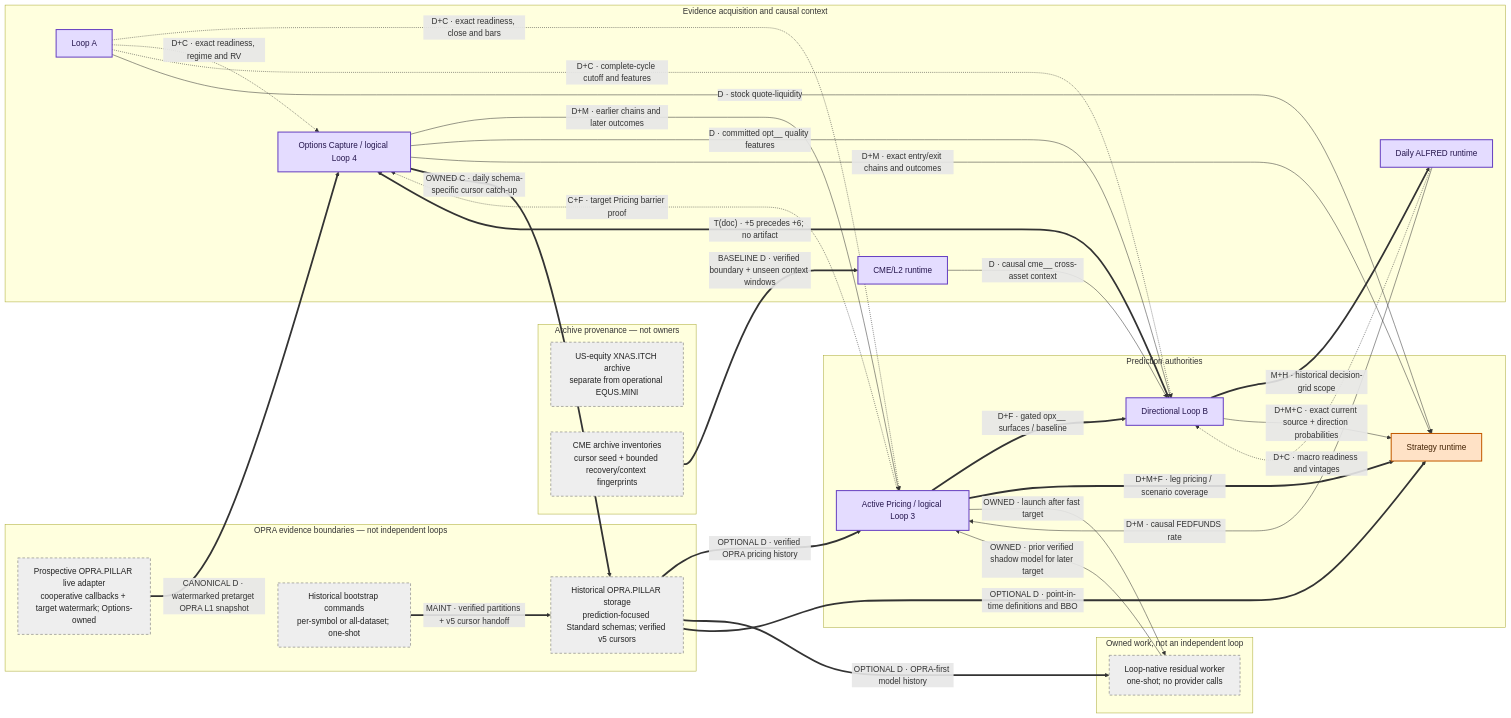
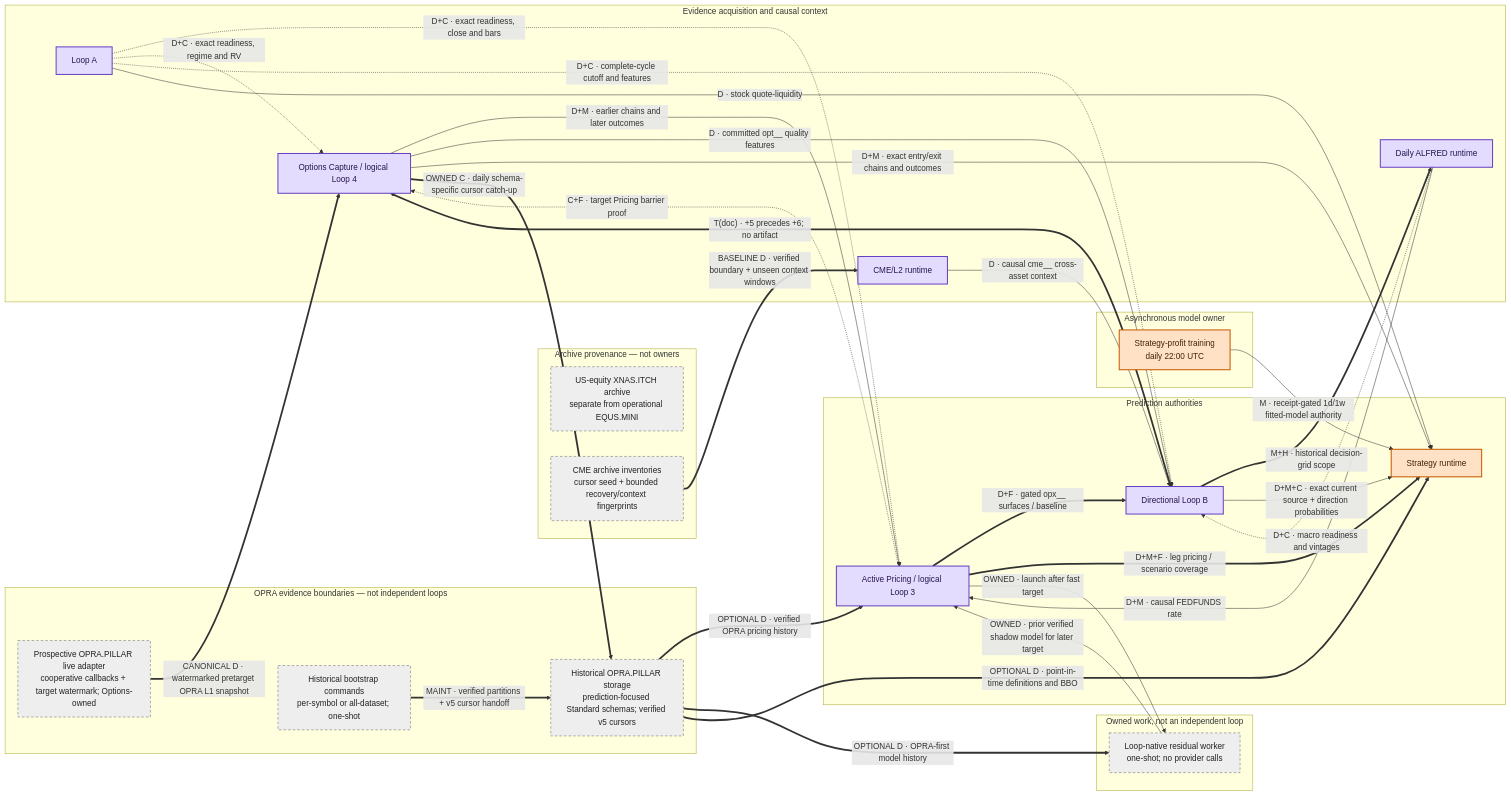
The first of 2 diagrams in docs/loops-system-analysis/LOOP_MAP.md (jeremysecondstate/ducketz), drawn with Mermaid before and after one commit. The commit also changed other lines of this file and 48 other files, not shown here.

````diff
--- a/docs/loops-system-analysis/LOOP_MAP.md
+++ b/docs/loops-system-analysis/LOOP_MAP.md
@@ -5,64 +5,69 @@
 ```mermaid
 flowchart LR
     subgraph BOUNDARIES[OPRA evidence boundaries — not independent loops]
         OPRAL["Prospective OPRA.PILLAR live adapter<br/>cooperative callbacks + target watermark; Options-owned"]
         BOOT["Historical bootstrap commands<br/>per-symbol or all-dataset; one-shot"]
         OPRAH["Historical OPRA.PILLAR storage<br/>prediction-focused Standard schemas; verified v5 cursors"]
     end
 
     subgraph ARCHIVES[Archive provenance — not owners]
         EQA["US-equity XNAS.ITCH archive<br/>separate from operational EQUS.MINI"]
         CMEA["CME archive inventories<br/>cursor seed + bounded recovery/context fingerprints"]
     end
 
     subgraph EVIDENCE[Evidence acquisition and causal context]
         CME["CME/L2 runtime"]
         A["Loop A"]
         FRED["Daily ALFRED runtime"]
         OPT["Options Capture / logical Loop 4"]
     end
 
     subgraph PREDICTION[Prediction authorities]
         PR["Active Pricing / logical Loop 3"]
         B["Directional Loop B"]
         STR["Strategy runtime"]
     end
 
+    subgraph MODEL_OWNER[Asynchronous model owner]
+        SPT["Strategy-profit training<br/>daily 22:00 UTC"]
+    end
+
     subgraph OWNED[Owned work, not an independent loop]
         W["Loop-native residual worker<br/>one-shot; no provider calls"]
     end
 
     CME -->|"D · causal cme__ cross-asset context"| B
     A -.->|"D+C · exact readiness, close and bars"| PR
     A -.->|"D+C · exact readiness, regime and RV"| OPT
     A -.->|"D+C · complete-cycle cutoff and features"| B
     A -->|"D · stock quote-liquidity"| STR
     FRED -->|"D+M · causal FEDFUNDS rate"| PR
     FRED -.->|"D+C · macro readiness and vintages"| B
     B ==>|"M+H · historical decision-grid scope"| FRED
     PR -.->|"C+F · target Pricing barrier proof"| OPT
     OPT -->|"D+M · earlier chains and later outcomes"| PR
     PR ==>|"D+F · gated opx__ surfaces / baseline"| B
     OPT -->|"D · committed opt__ quality features"| B
     B -->|"D+M+C · exact current source + direction probabilities"| STR
     OPT -->|"D+M · exact entry/exit chains and outcomes"| STR
     PR ==>|"D+M+F · leg pricing / scenario coverage"| STR
+    SPT -->|"M · receipt-gated 1d/1w fitted-model authority"| STR
     B ==>|"T(doc) · +5 precedes +6; no artifact"| OPT
     PR -->|"OWNED · launch after fast target"| W
     W -->|"OWNED · prior verified shadow model for later target"| PR
     OPRAL ==>|"CANONICAL D · watermarked pretarget OPRA L1 snapshot"| OPT
     BOOT ==>|"MAINT · verified partitions + v5 cursor handoff"| OPRAH
     OPT ==>|"OWNED C · daily schema-specific cursor catch-up"| OPRAH
     OPRAH ==>|"OPTIONAL D · verified OPRA pricing history"| PR
     OPRAH ==>|"OPTIONAL D · OPRA-first model history"| W
     OPRAH ==>|"OPTIONAL D · point-in-time definitions and BBO"| STR
     CMEA ==>|"BASELINE D · verified boundary + unseen context windows"| CME
 
     classDef horizon fill:#d8ecff,stroke:#1565c0,color:#102a43,stroke-width:2px;
     classDef options fill:#ffe2c6,stroke:#c45a00,color:#432204,stroke-width:2px;
     classDef both fill:#e4dcff,stroke:#6842c2,color:#25164d,stroke-width:2px;
     classDef support fill:#eeeeee,stroke:#666666,color:#222222,stroke-dasharray:5 4;
     class CME,A,FRED,OPT,PR,B both;
-    class STR options;
+    class STR,SPT options;
     class W,OPRAL,BOOT,OPRAH,EQA,CMEA support;
 ```
````
